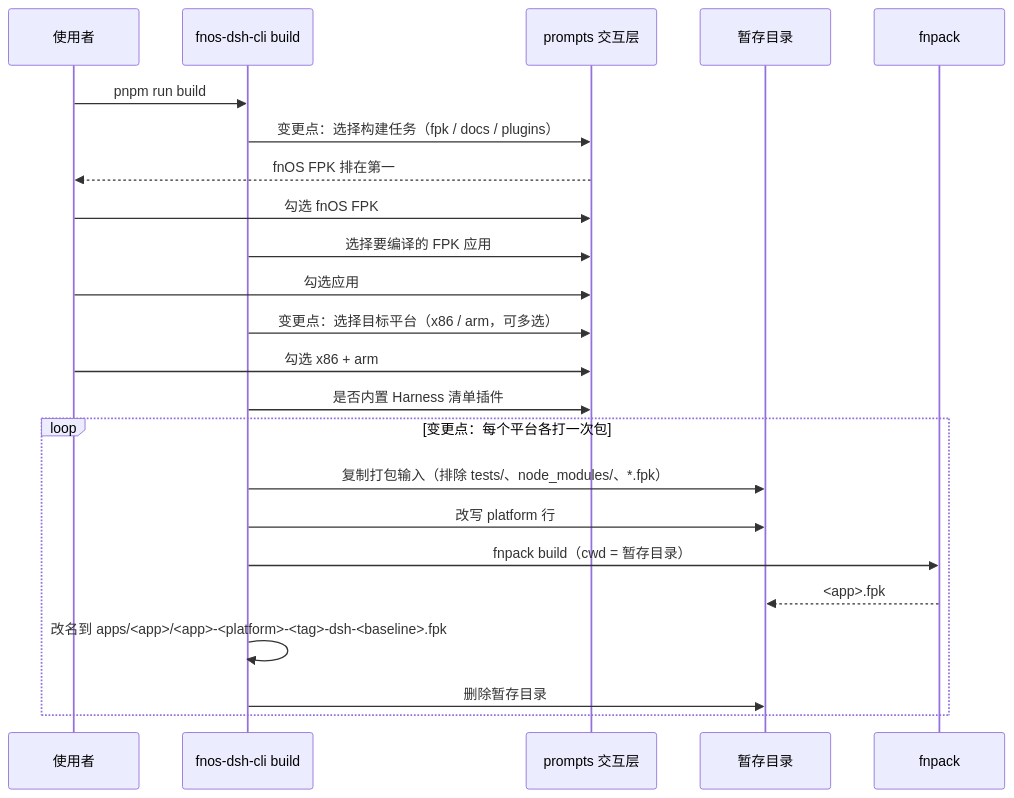
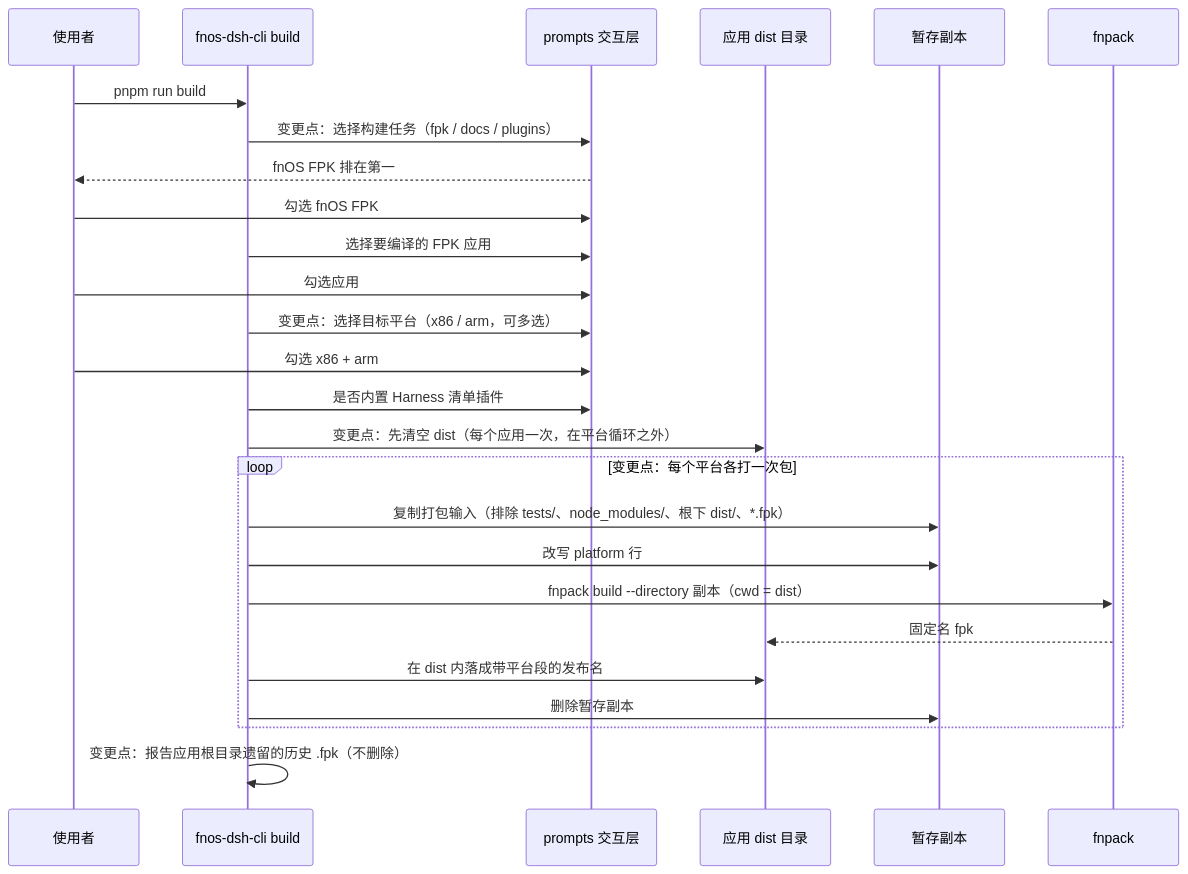
The second of 3 diagrams in docs/plans/PLAN-FNOS-044-fpk-platform-selection.md (FNOSP/fnos-dsh), drawn with Mermaid before and after one commit. The commit also changed other lines of this file and 20 other files, not shown here.

First line of the commit message:
feat(build): 产物落 dist 目录并在每次构建前清空

````diff
--- a/docs/plans/PLAN-FNOS-044-fpk-platform-selection.md
+++ b/docs/plans/PLAN-FNOS-044-fpk-platform-selection.md
@@ -54,26 +57,29 @@
 ```mermaid
 sequenceDiagram
   participant U as 使用者
   participant CLI as fnos-dsh-cli build
   participant P as prompts 交互层
-  participant S as 暂存目录
+  participant D as 应用 dist 目录
+  participant S as 暂存副本
   participant F as fnpack
 
   U->>CLI: pnpm run build
   CLI->>P: 变更点：选择构建任务（fpk / docs / plugins）
   P-->>U: fnOS FPK 排在第一
   U->>P: 勾选 fnOS FPK
   CLI->>P: 选择要编译的 FPK 应用
   U->>P: 勾选应用
   CLI->>P: 变更点：选择目标平台（x86 / arm，可多选）
   U->>P: 勾选 x86 + arm
   CLI->>P: 是否内置 Harness 清单插件
+  CLI->>D: 变更点：先清空 dist（每个应用一次，在平台循环之外）
   loop 变更点：每个平台各打一次包
-    CLI->>S: 复制打包输入（排除 tests/、node_modules/、*.fpk）
+    CLI->>S: 复制打包输入（排除 tests/、node_modules/、根下 dist/、*.fpk）
     CLI->>S: 改写 platform 行
-    CLI->>F: fnpack build（cwd = 暂存目录）
-    F-->>S: <app>.fpk
-    CLI->>CLI: 改名到 apps/<app>/<app>-<platform>-<tag>-dsh-<baseline>.fpk
-    CLI->>S: 删除暂存目录
+    CLI->>F: fnpack build --directory 副本（cwd = dist）
+    F-->>D: 固定名 fpk
+    CLI->>D: 在 dist 内落成带平台段的发布名
+    CLI->>S: 删除暂存副本
   end
+  CLI->>CLI: 变更点：报告应用根目录遗留的历史 .fpk（不删除）
 ```
````
